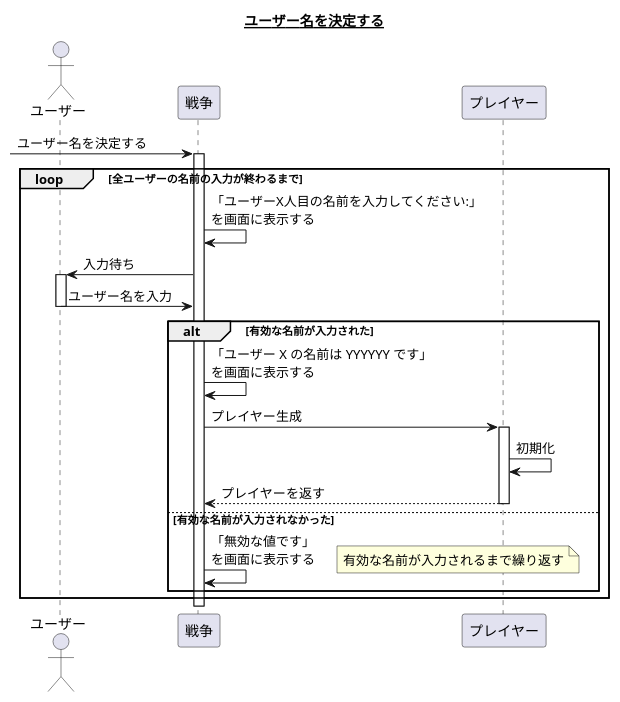
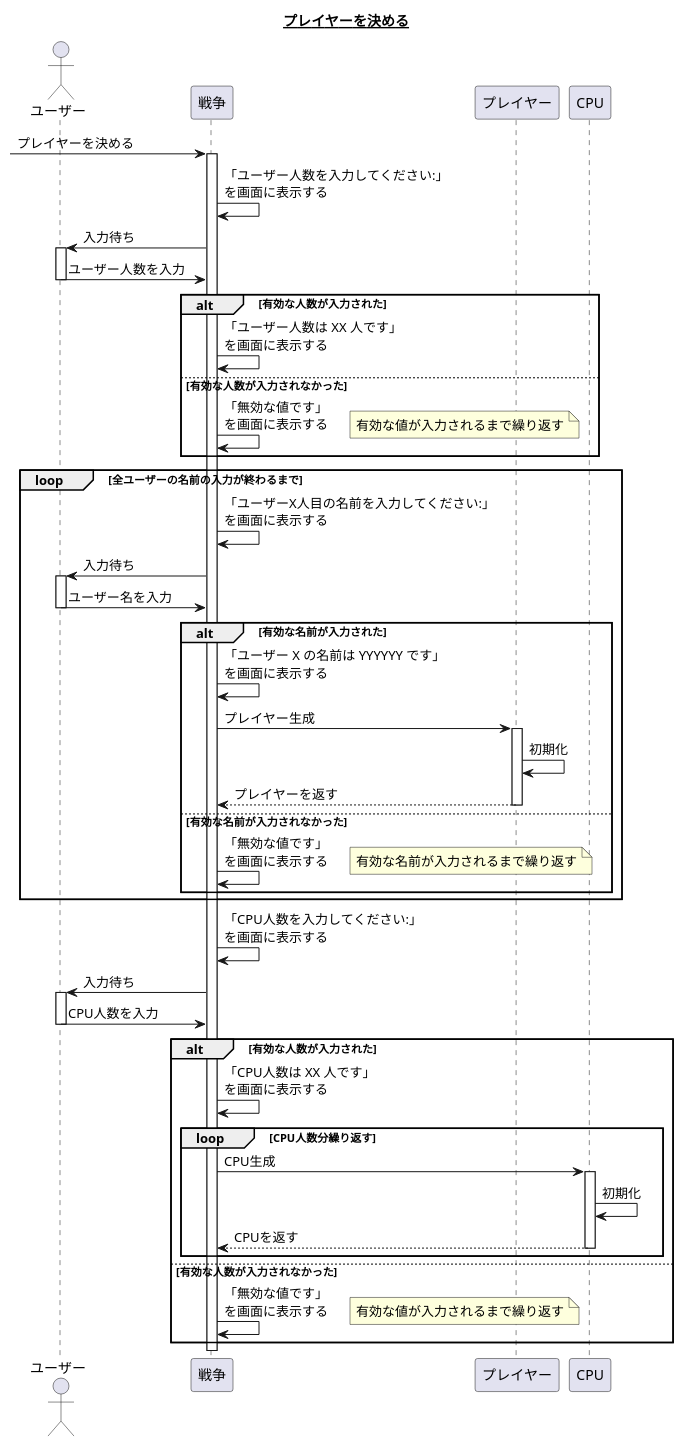
One commit to hachimitu22/study changed the second of 5 diagrams in uml/CardGame/doc/design/sequence.md. Above: the diagram before and after it, drawn with PlantUML. The commit also changed other lines of this file and 1 other file, not shown here.

Commit message:
シーケンス図を連続して遊べるように変更

````diff
--- a/uml/CardGame/doc/design/sequence.md
+++ b/uml/CardGame/doc/design/sequence.md
@@ -61,33 +22,68 @@
 ```plantuml
 @startuml
 
-title __ユーザー名を決定する__
+title __プレイヤーを決める__
 
 actor ユーザー
 
-[-> 戦争 : ユーザー名を決定する
+[-> 戦争 : プレイヤーを決める
 activate 戦争
+
+戦争 -> 戦争 : 「ユーザー人数を入力してください:」\nを画面に表示する
+ユーザー <- 戦争 : 入力待ち
+activate ユーザー
+ユーザー -> 戦争 : ユーザー人数を入力
+deactivate ユーザー
+alt 有効な人数が入力された
+  戦争 -> 戦争 : 「ユーザー人数は XX 人です」\nを画面に表示する
+else 有効な人数が入力されなかった
+  戦争 -> 戦争 : 「無効な値です」\nを画面に表示する
+  note right
+    有効な値が入力されるまで繰り返す
+  end note
+end
 
 loop 全ユーザーの名前の入力が終わるまで
   戦争 -> 戦争 : 「ユーザーX人目の名前を入力してください:」\nを画面に表示する
   ユーザー <- 戦争 : 入力待ち
   activate ユーザー
   ユーザー -> 戦争 : ユーザー名を入力
   deactivate ユーザー
   alt 有効な名前が入力された
     戦争 -> 戦争 : 「ユーザー X の名前は YYYYYY です」\nを画面に表示する
     戦争 -> プレイヤー : プレイヤー生成
     activate プレイヤー
     プレイヤー -> プレイヤー : 初期化
     戦争 <-- プレイヤー : プレイヤーを返す
     deactivate プレイヤー
   else 有効な名前が入力されなかった
     戦争 -> 戦争 : 「無効な値です」\nを画面に表示する
     note right
       有効な名前が入力されるまで繰り返す
     end note
   end
 end
 
+戦争 -> 戦争 : 「CPU人数を入力してください:」\nを画面に表示する
+ユーザー <- 戦争 : 入力待ち
+activate ユーザー
+ユーザー -> 戦争 : CPU人数を入力
+deactivate ユーザー
+alt 有効な人数が入力された
+  戦争 -> 戦争 : 「CPU人数は XX 人です」\nを画面に表示する
+  loop CPU人数分繰り返す
+    戦争 -> CPU : CPU生成
+    activate CPU
+    CPU -> CPU : 初期化
+    戦争 <-- CPU : CPUを返す
+    deactivate CPU
+  end
+else 有効な人数が入力されなかった
+  戦争 -> 戦争 : 「無効な値です」\nを画面に表示する
+  note right
+    有効な値が入力されるまで繰り返す
+  end note
+end
+
 @enduml
 ```
````
